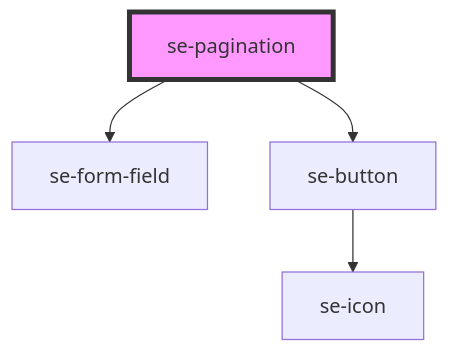
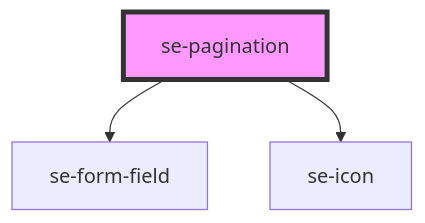
Before and after one commit to robbiemcmullense/se-web-ui: the diagram in libs/core/src/components/pagination/readme.md, drawn with Mermaid. The commit also changed other lines of this file and 9 other files, not shown here.

````diff
--- a/libs/core/src/components/pagination/readme.md
+++ b/libs/core/src/components/pagination/readme.md
@@ -44,7 +40,6 @@
 ```mermaid
 graph TD;
   se-pagination --> se-form-field
-  se-pagination --> se-button
-  se-button --> se-icon
+  se-pagination --> se-icon
   style se-pagination fill:#f9f,stroke:#333,stroke-width:4px
 ```
````
